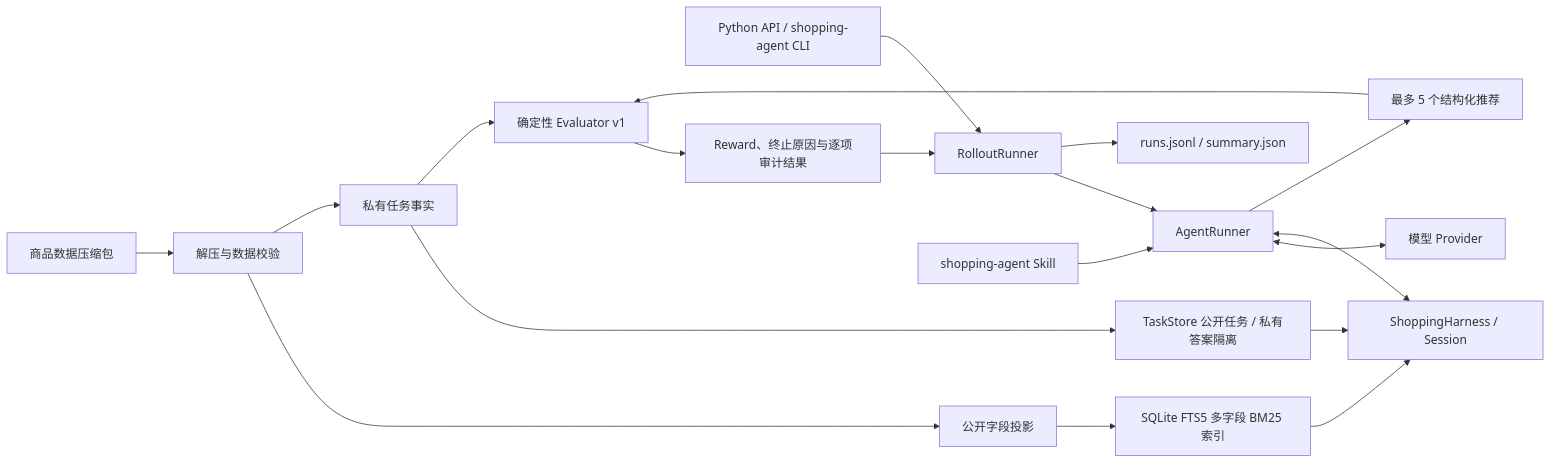
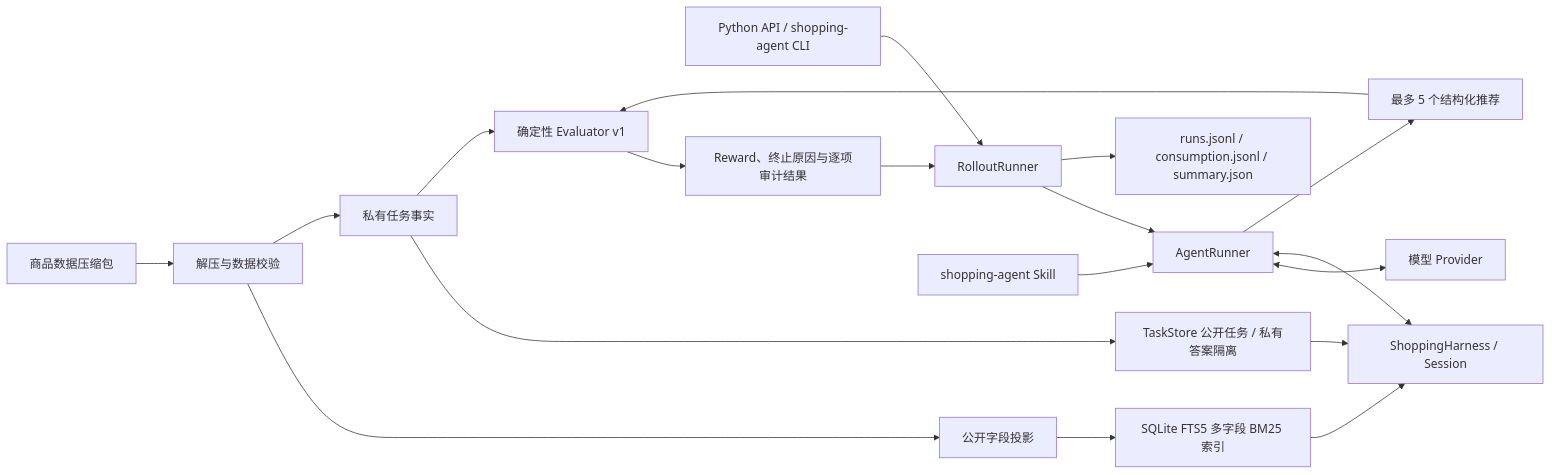
One commit to Nonomi-Xu/Shopping-Simulator-Harness changed the diagram in README.md. Above: the diagram before and after it, drawn with Mermaid. The commit also changed other lines of this file and 7 other files, not shown here.

````diff
--- a/README.md
+++ b/README.md
@@ -35,21 +35,21 @@
 ```mermaid
 flowchart LR
     A[商品数据压缩包] --> B[解压与数据校验]
     B --> C[公开字段投影]
     B --> D[私有任务事实]
     C --> E[SQLite FTS5 多字段 BM25 索引]
     D --> F["TaskStore 公开任务 / 私有答案隔离"]
     N["Python API / shopping-agent CLI"] --> O[RolloutRunner]
     O --> G[AgentRunner]
     M[shopping-agent Skill] --> G
     G <--> I[模型 Provider]
     F --> H["ShoppingHarness / Session"]
     G <--> H
     E --> H
     G --> J[最多 5 个结构化推荐]
     J --> K[确定性 Evaluator v1]
     D --> K
     K --> L[Reward、终止原因与逐项审计结果]
     L --> O
-    O --> P["runs.jsonl / summary.json"]
+    O --> P["runs.jsonl / consumption.jsonl / summary.json"]
 ```
````
